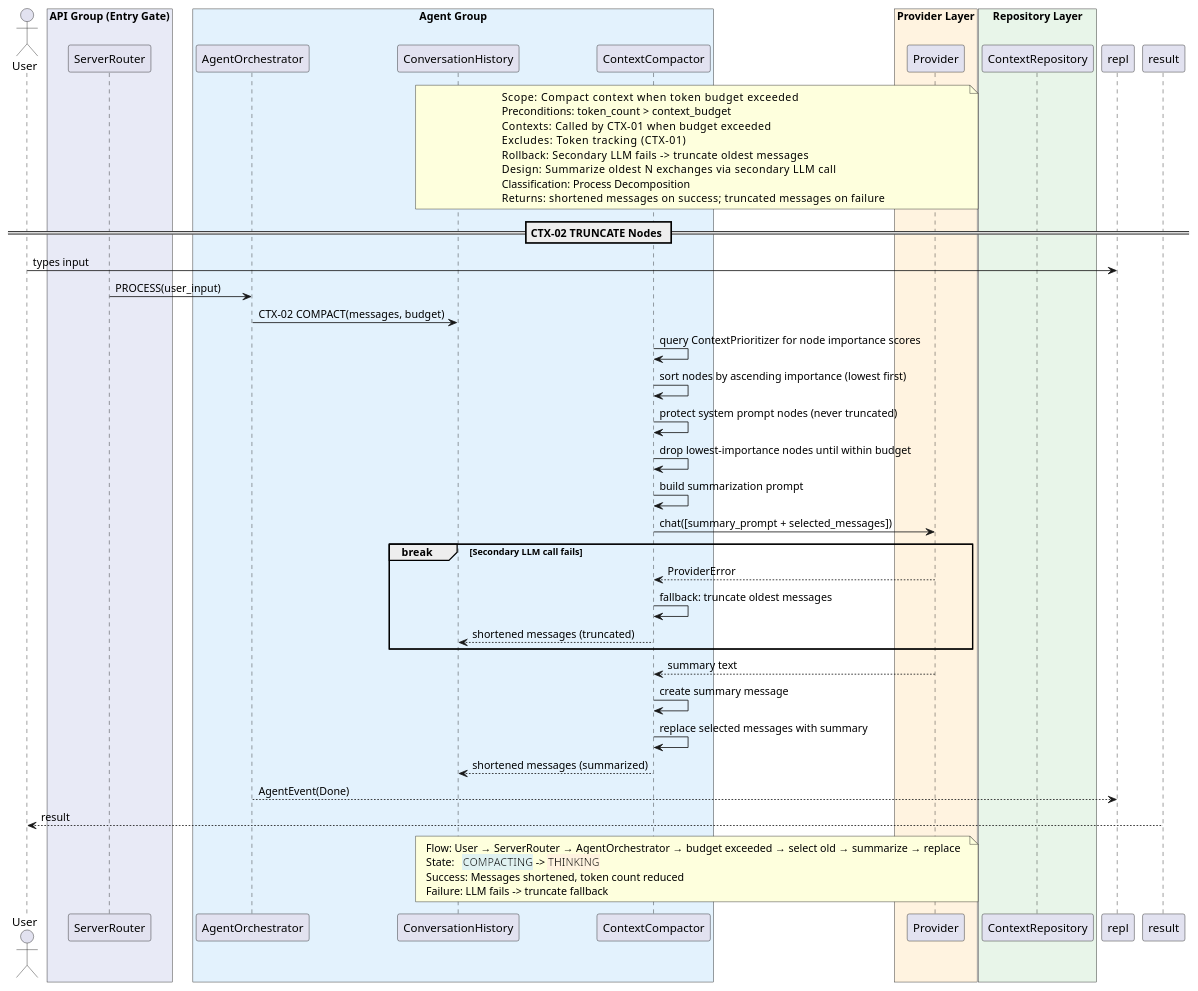
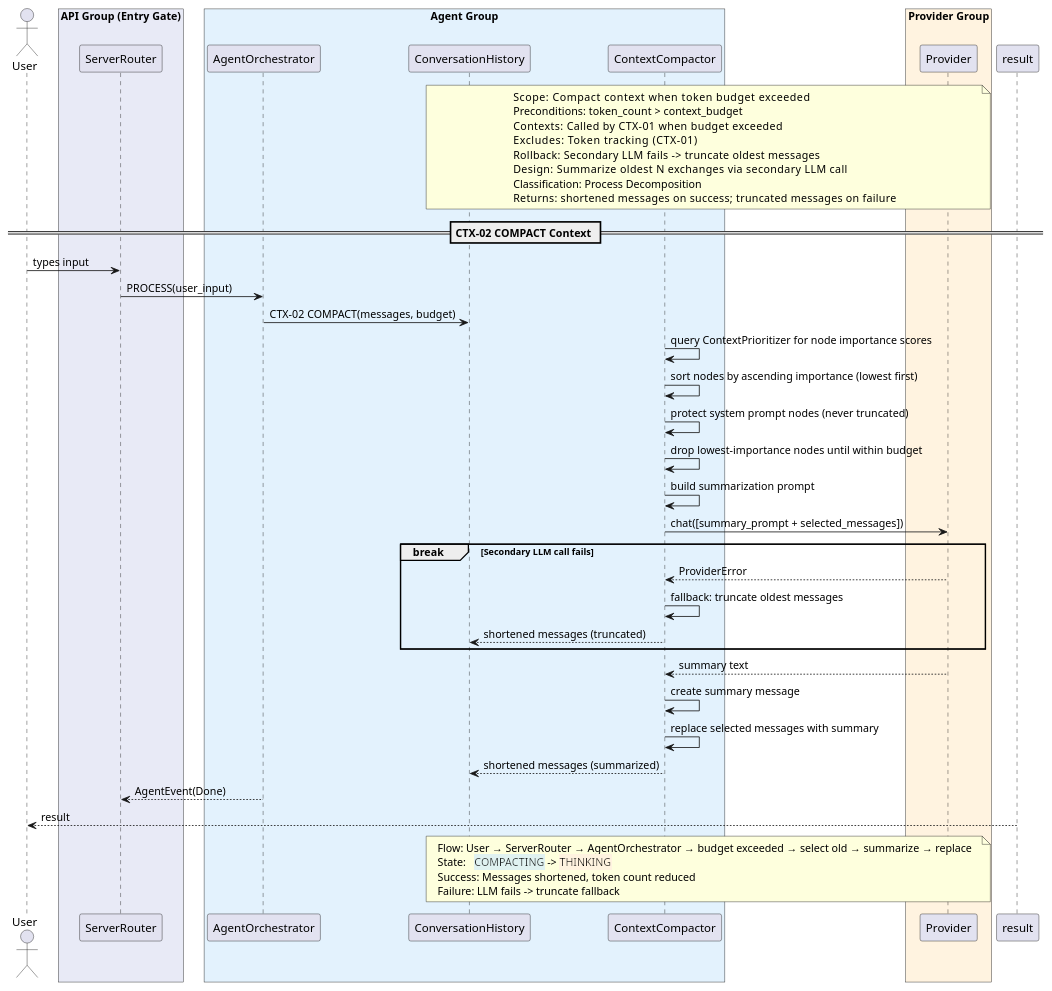
One commit to salimnamvar/nasim changed the diagram in docs/SQ/CTX/sq_ctx02_compact_context.puml. Above: the diagram before and after it, drawn with PlantUML. The commit also changed 186 other files, not shown here.

Commit message:
docs: Delete outdated sequence diagram skill documentation and replace with a comprehensive rulebook for use case diagram design derived from C4 architecture, ensuring full coverage of systems, containers, components, and CRUD-format naming conventions.

```diff
--- a/docs/SQ/CTX/sq_ctx02_compact_context.puml
+++ b/docs/SQ/CTX/sq_ctx02_compact_context.puml
@@ -1,74 +1,71 @@
 @startuml sq_ctx02_compact_context
 ' ============================================================
 ' Title:     CTX-02 — COMPACT Context
-' Boundary:  nasim code agent CLI
+' Boundary:  nasim code agent
 ' Purpose:   Compact context when token budget exceeded
 ' Milestone: v1.0
-' Version:   8.0.0
+' Version:   9.1.0
 ' Source:    CAR refinement loop — API-First transformation
 ' Review:    —
 ' ============================================================
 
 actor "User" as user
 
 box "API Group (Entry Gate)" #E8EAF6
   participant "ServerRouter" as router
 end box
 box "Agent Group" #E3F2FD
   participant "AgentOrchestrator" as agent
   participant "ConversationHistory" as history
   participant "ContextCompactor" as compactor
 end box
-box "Provider Layer" #FFF3E0
+box "Provider Group" #FFF3E0
   participant "Provider" as provider
-end box
-box "Repository Layer" #E8F5E9
-  participant "ContextRepository" as ctx_repo
 end box
 
 note over history, provider
   Scope:          Compact context when token budget exceeded
   Preconditions:  token_count > context_budget
   Contexts:       Called by CTX-01 when budget exceeded
   Excludes:       Token tracking (CTX-01)
   Rollback:       Secondary LLM fails -> truncate oldest messages
   Design:         Summarize oldest N exchanges via secondary LLM call
   Classification: Process Decomposition
   Returns:        shortened messages on success; truncated messages on failure
 end note
 
-== CTX-02 TRUNCATE Nodes ==
+== CTX-02 COMPACT Context ==
 
-user -> repl : types input
+user -> router : types input
 router -> agent : PROCESS(user_input)
 agent -> history : CTX-02 COMPACT(messages, budget)
 compactor -> compactor : query ContextPrioritizer for node importance scores
 compactor -> compactor : sort nodes by ascending importance (lowest first)
 compactor -> compactor : protect system prompt nodes (never truncated)
 compactor -> compactor : drop lowest-importance nodes until within budget
 compactor -> compactor : build summarization prompt
 
 compactor -> provider : chat([summary_prompt + selected_messages])
 
 break Secondary LLM call fails
     provider --> compactor : ProviderError
     compactor -> compactor : fallback: truncate oldest messages
     compactor --> history : shortened messages (truncated)
 end
 
 provider --> compactor : summary text
 compactor -> compactor : create summary message
 compactor -> compactor : replace selected messages with summary
 compactor --> history : shortened messages (summarized)
 
-agent --> repl : AgentEvent(Done)
+agent --> router : AgentEvent(Done)
 result --> user : result
 
 note over history, provider
   Flow:    User → ServerRouter → AgentOrchestrator → budget exceeded → select old → summarize → replace
   State:   <back:#E0F2F1>COMPACTING</back> -> <back:#FFF3E0>THINKING</back>
   Success: Messages shortened, token count reduced
   Failure: LLM fails -> truncate fallback
 end note
 
 @enduml
```
